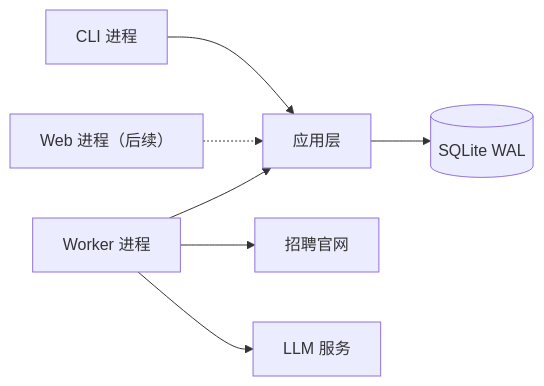
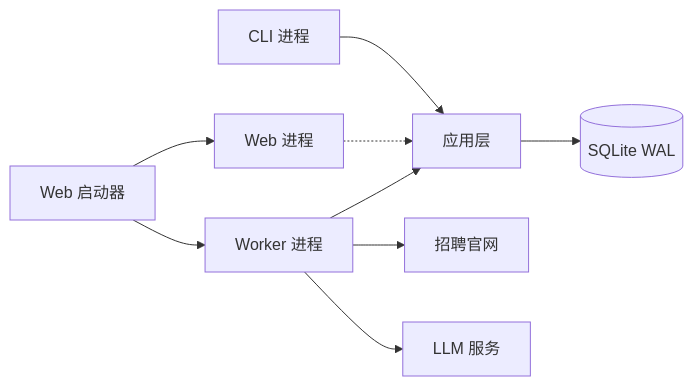
Before and after one commit to MonarchMan/JobHunter: the third of 7 diagrams in docs/arch/overall-arch.md, drawn with Mermaid. The commit also changed other lines of this file and 223 other files, not shown here.

````diff
--- a/docs/arch/overall-arch.md
+++ b/docs/arch/overall-arch.md
@@ -296,9 +296,11 @@
 ```mermaid
 flowchart LR
     CLI["CLI 进程"] --> APP["应用层"]
-    WEB["Web 进程（后续）"] -.-> APP
+    LAUNCHER["Web 启动器"] --> WEB["Web 进程"]
+    LAUNCHER --> WORKER
+    WEB -.-> APP
     WORKER["Worker 进程"] --> APP
     APP --> DB[("SQLite WAL")]
     WORKER --> SITE["招聘官网"]
     WORKER --> MODEL["LLM 服务"]
 ```
````
